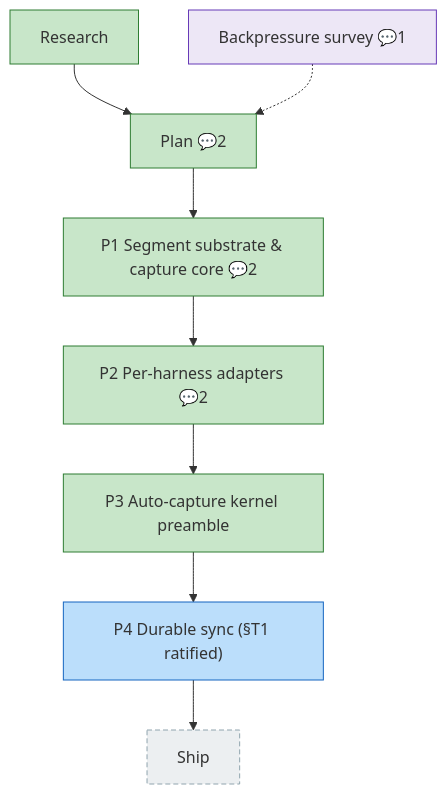
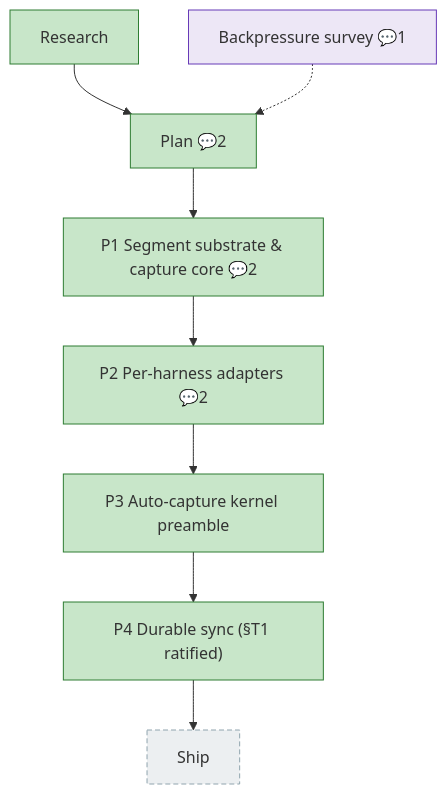
Before and after one commit to AI-Substrate/harness-engineering: the diagram in docs/plans/034-harness-telemetry-collection/the-flow.md, drawn with Mermaid. The commit also changed other lines of this file and 2 other files, not shown here.

Commit message:
docs(034): Phase 4 execution log + companion reconciliation + flight plan complete

````diff
--- a/docs/plans/034-harness-telemetry-collection/the-flow.md
+++ b/docs/plans/034-harness-telemetry-collection/the-flow.md
@@ -8,33 +8,33 @@
 ```mermaid
 flowchart TD
     ship["Ship"]:::assumed
     plan["Plan 💬2"]:::done
     research["Research"]:::done
     phase_1["P1 Segment substrate & capture core 💬2"]:::done
     phase_2["P2 Per-harness adapters 💬2"]:::done
     phase_3["P3 Auto-capture kernel preamble"]:::done
-    phase_4["P4 Durable sync (§T1 ratified)"]:::known
+    phase_4["P4 Durable sync (§T1 ratified)"]:::done
 
     plan --> phase_1
     research --> plan
     phase_1 --> phase_2
     phase_2 --> phase_3
     phase_3 --> phase_4
     phase_4 --> ship
 
     backpressure["Backpressure survey 💬1"]:::harness
     backpressure -.-> plan
 
     classDef done fill:#C8E6C9,stroke:#2E7D32;
     classDef wip fill:#FFE0B2,stroke:#EF6C00;
     classDef blocked fill:#FFCDD2,stroke:#C62828;
     classDef known fill:#BBDEFB,stroke:#1565C0;
     classDef assumed fill:#ECEFF1,stroke:#90A4AE,stroke-dasharray:5 3;
     classDef said fill:#FFF9C4,stroke:#F9A825;
     classDef harness fill:#EDE7F6,stroke:#673AB7;
     classDef decision fill:#FFF3E0,stroke:#FB8C00,stroke-dasharray:2 2;
     classDef companion fill:#D1C4E9,stroke:#5E35B1;
     classDef worker fill:#B2DFDB,stroke:#00897B;
     classDef chore fill:#E0F2F1,stroke:#00897B,stroke-dasharray:3 2;
     classDef unknown fill:#FAFAFA,stroke:#BDBDBD,stroke-dasharray:1 4;
 ```
````
